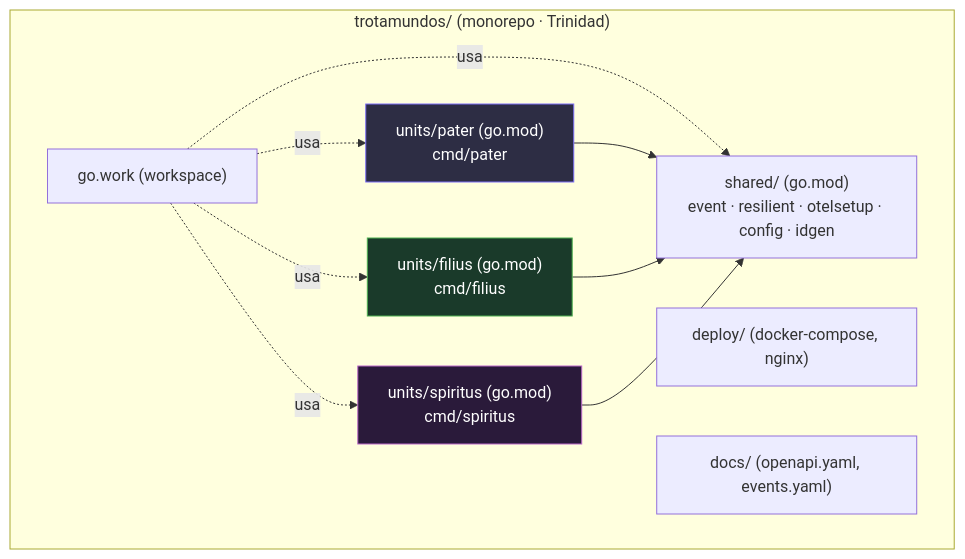
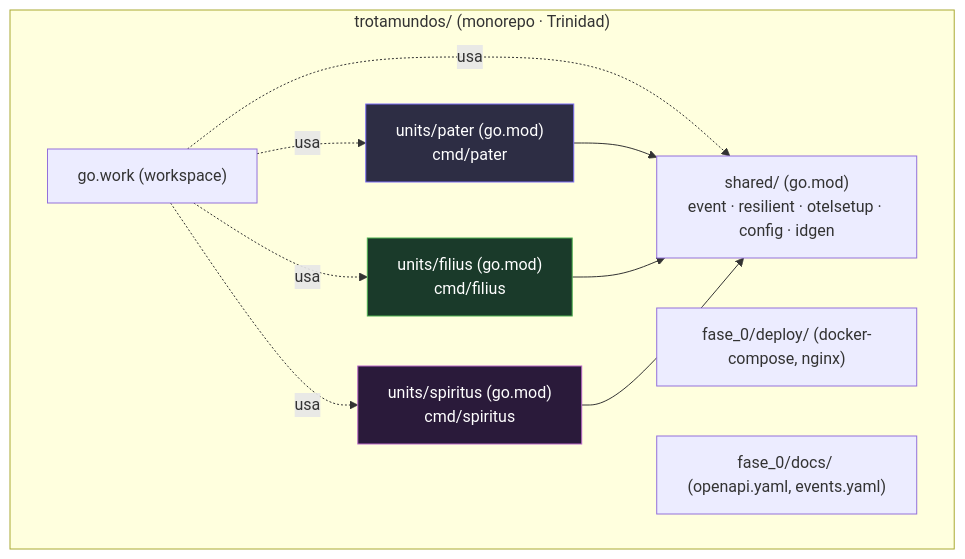
The first of 3 diagrams in trinity/units/01-arquitectura-global.md (az-juan/trotamundos), drawn with Mermaid before and after one commit. The commit also changed other lines of this file and 13 other files, not shown here.

````diff
--- a/trinity/units/01-arquitectura-global.md
+++ b/trinity/units/01-arquitectura-global.md
@@ -17,22 +17,22 @@
 ```mermaid
 graph TB
     subgraph "trotamundos/ (monorepo · Trinidad)"
         GW["go.work (workspace)"]
         P["units/pater (go.mod)<br/>cmd/pater"]
         F["units/filius (go.mod)<br/>cmd/filius"]
         S["units/spiritus (go.mod)<br/>cmd/spiritus"]
         SH["shared/ (go.mod)<br/>event · resilient · otelsetup · config · idgen"]
-        DEP["deploy/ (docker-compose, nginx)"]
-        DOC["docs/ (openapi.yaml, events.yaml)"]
+        DEP["fase_0/deploy/ (docker-compose, nginx)"]
+        DOC["fase_0/docs/ (openapi.yaml, events.yaml)"]
     end
     GW -. "usa" .-> P
     GW -. "usa" .-> F
     GW -. "usa" .-> S
     GW -. "usa" .-> SH
     P --> SH
     F --> SH
     S --> SH
     style P fill:#2d2d44,stroke:#7c6ff7,color:#fff
     style F fill:#1a3a2a,stroke:#4caf50,color:#fff
     style S fill:#2a1a3a,stroke:#ba68c8,color:#fff
 ```
````
